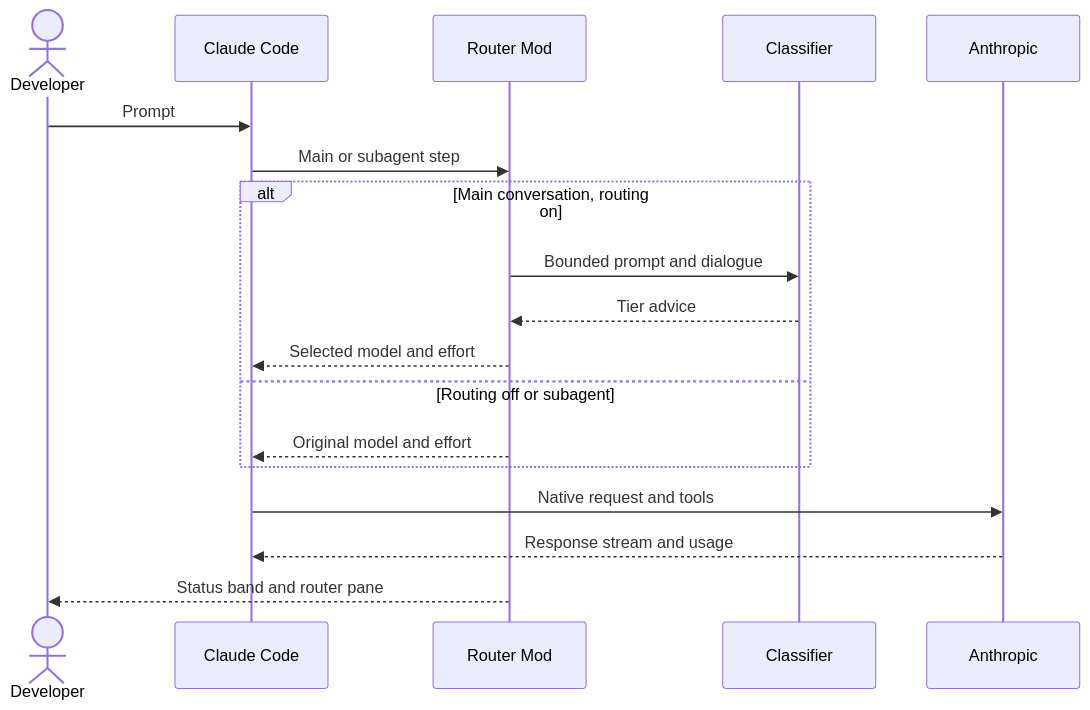
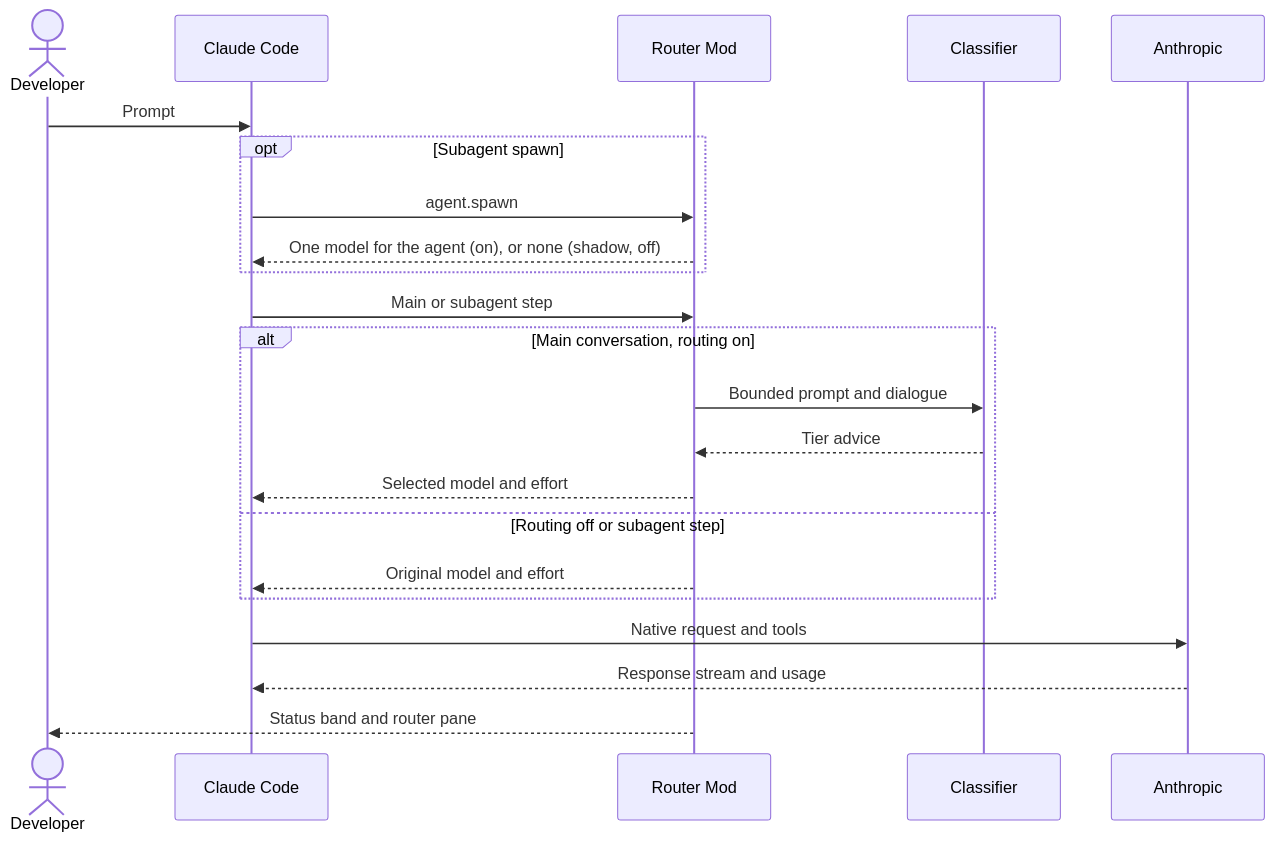
The diagram in README.md (alexei-led/claude-router), drawn with Mermaid before and after one commit. The commit also changed other lines of this file and 44 other files, not shown here.

````diff
--- a/README.md
+++ b/README.md
@@ -32,20 +32,24 @@
 ```mermaid
 sequenceDiagram
   actor Dev as Developer
   participant Code as Claude Code
   participant Mod as Router Mod
   participant Cls as Classifier
   participant API as Anthropic
   Dev->>Code: Prompt
+  opt Subagent spawn
+    Code->>Mod: agent.spawn
+    Mod-->>Code: One model for the agent (on), or none (shadow, off)
+  end
   Code->>Mod: Main or subagent step
   alt Main conversation, routing on
     Mod->>Cls: Bounded prompt and dialogue
     Cls-->>Mod: Tier advice
     Mod-->>Code: Selected model and effort
-  else Routing off or subagent
+  else Routing off or subagent step
     Mod-->>Code: Original model and effort
   end
   Code->>API: Native request and tools
   API-->>Code: Response stream and usage
   Mod-->>Dev: Status band and router pane
 ```
````
